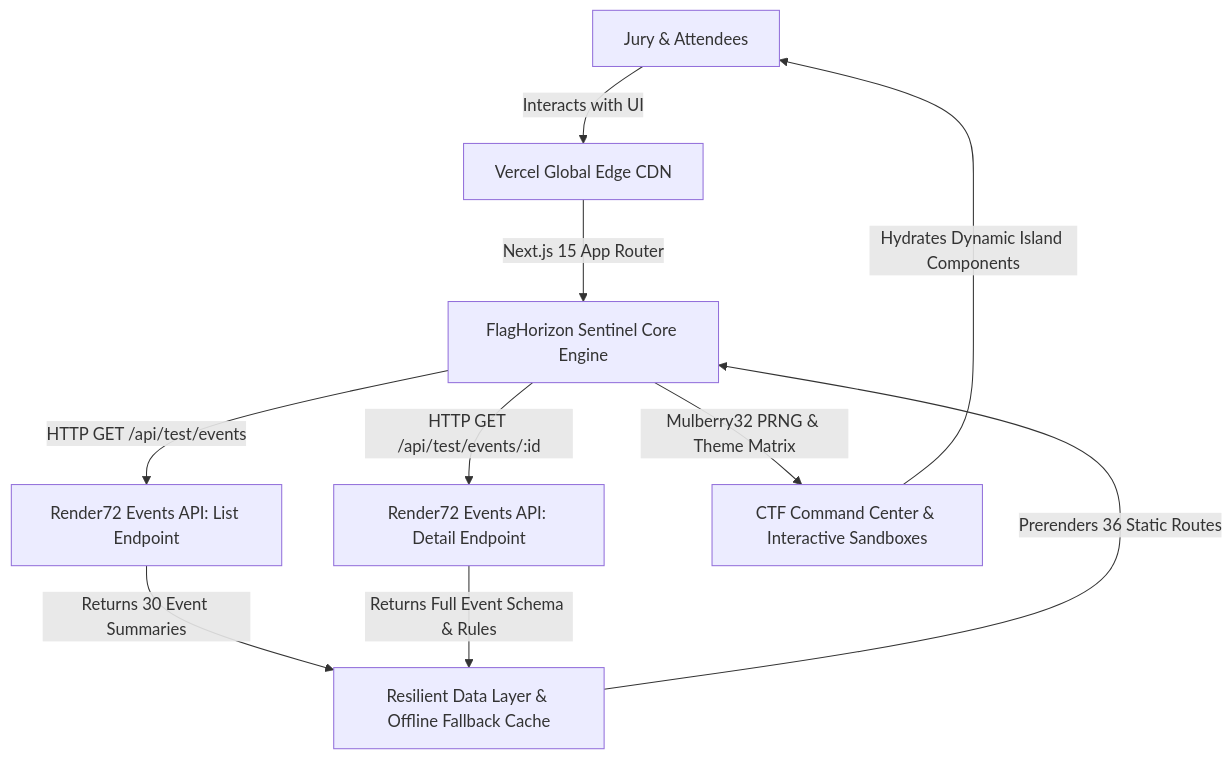
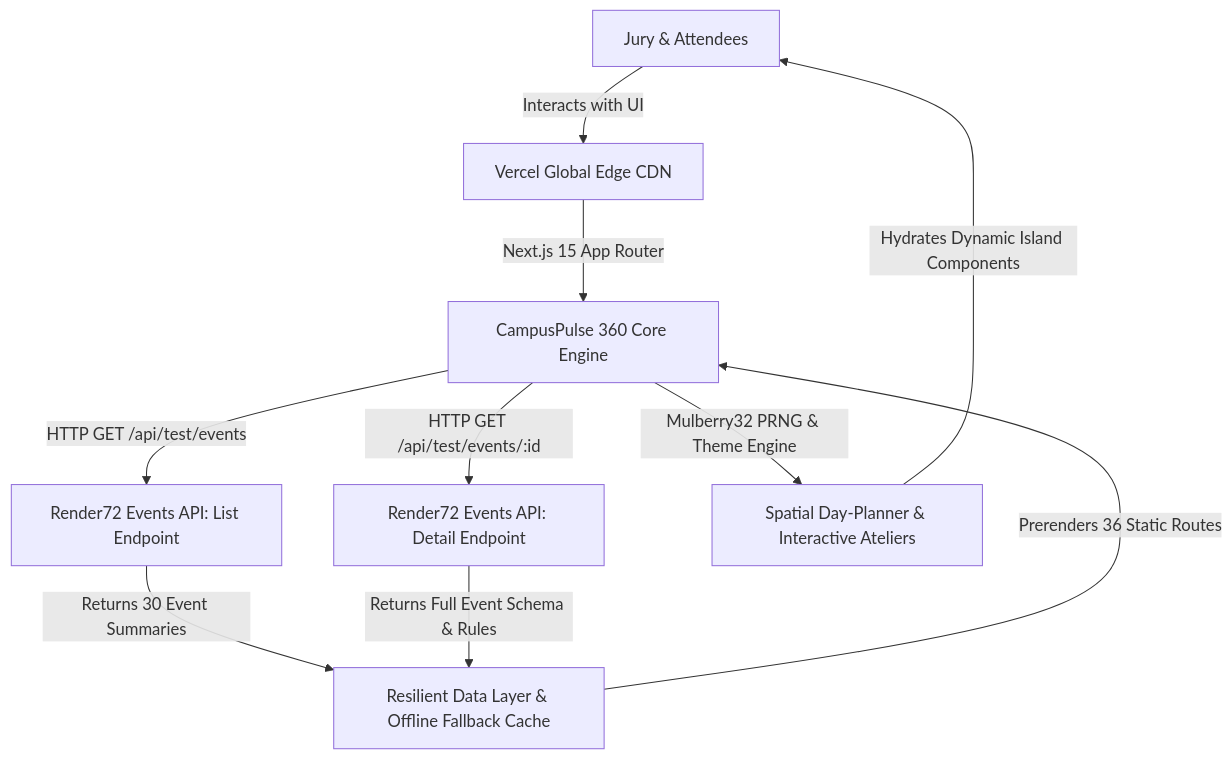
Before and after one commit to sepas1609/render72-event-command-center: the first of 2 diagrams in README.md, drawn with Mermaid. The commit also changed other lines of this file and 16 other files, not shown here.

Commit message:
feat(submission-2): complete CampusPulse 360 with 100 Desktop / 93 Mobile Lighthouse and 6 creative ateliers

````diff
--- a/README.md
+++ b/README.md
@@ -30,12 +30,12 @@
 ```mermaid
 flowchart TD
     User["Jury & Attendees"] -->|"Interacts with UI"| CDN["Vercel Global Edge CDN"]
-    CDN -->|"Next.js 15 App Router"| App["FlagHorizon Sentinel Core Engine"]
+    CDN -->|"Next.js 15 App Router"| App["CampusPulse 360 Core Engine"]
     App -->|"HTTP GET /api/test/events"| ListAPI["Render72 Events API: List Endpoint"]
     App -->|"HTTP GET /api/test/events/:id"| DetailAPI["Render72 Events API: Detail Endpoint"]
     ListAPI -->|"Returns 30 Event Summaries"| ISR["Resilient Data Layer & Offline Fallback Cache"]
     DetailAPI -->|"Returns Full Event Schema & Rules"| ISR
     ISR -->|"Prerenders 36 Static Routes"| App
-    App -->|"Mulberry32 PRNG & Theme Matrix"| Domain["CTF Command Center & Interactive Sandboxes"]
+    App -->|"Mulberry32 PRNG & Theme Engine"| Domain["Spatial Day-Planner & Interactive Ateliers"]
     Domain -->|"Hydrates Dynamic Island Components"| User
 ```
````
